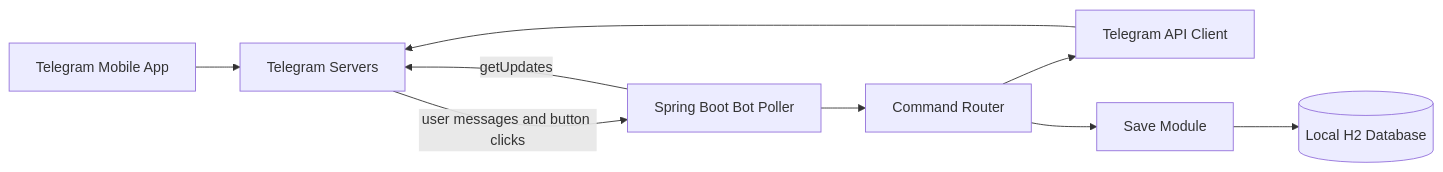
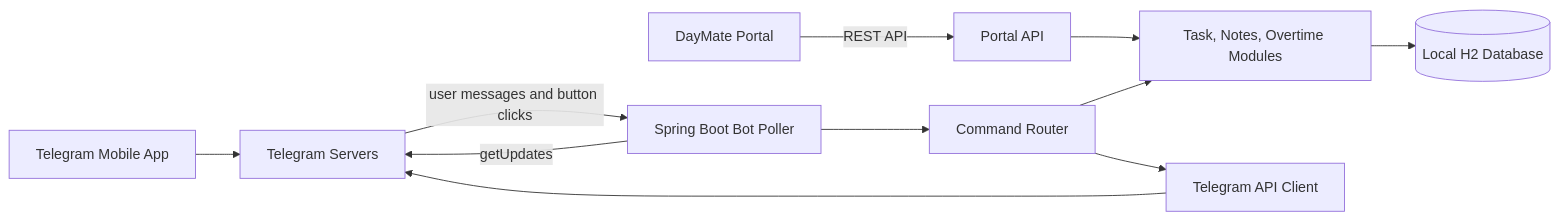
One commit to sieng-vathana/DayMateBotAssistant changed the diagram in README.md. Above: the diagram before and after it, drawn with Mermaid. The commit also changed other lines of this file and 3 other files, not shown here.

Commit message:
Expose account-scoped task and notes APIs

````diff
--- a/README.md
+++ b/README.md
@@ -27,11 +27,13 @@
 ```mermaid
 flowchart LR
   mobile[Telegram Mobile App] --> servers[Telegram Servers]
   servers -->|"user messages and button clicks"| poller
   poller["Spring Boot Bot Poller"] -->|"getUpdates"| servers
+  browser[DayMate Portal] -->|"REST API"| api[Portal API]
+  api --> modules["Task, Notes, Overtime Modules"]
   poller --> router[Command Router]
   router --> client[Telegram API Client]
   client --> servers
-  router --> save[Save Module]
-  save --> db[(Local H2 Database)]
+  router --> modules
+  modules --> db[(Local H2 Database)]
 ```
````
